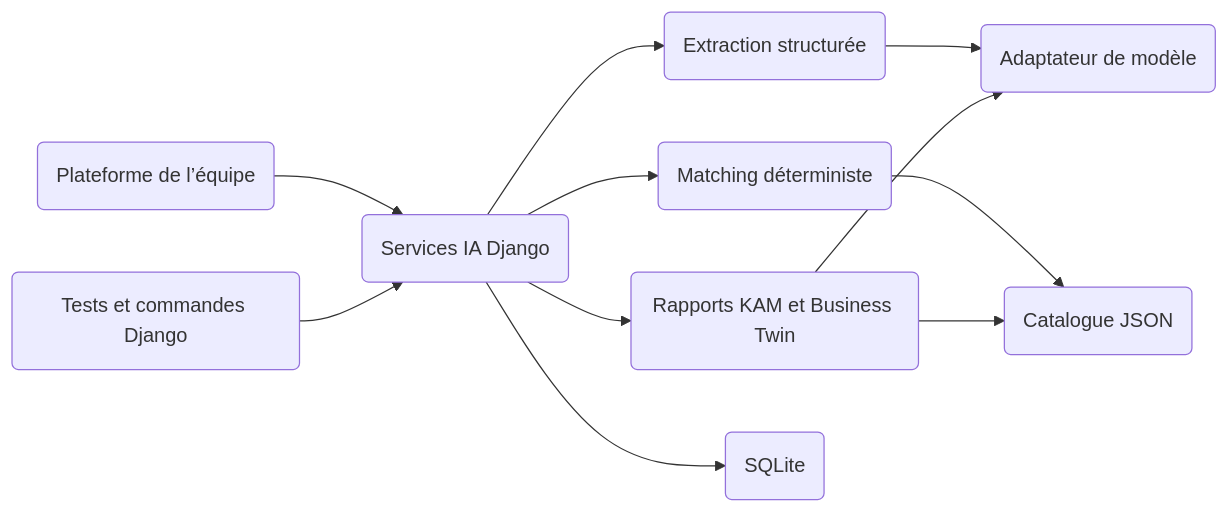
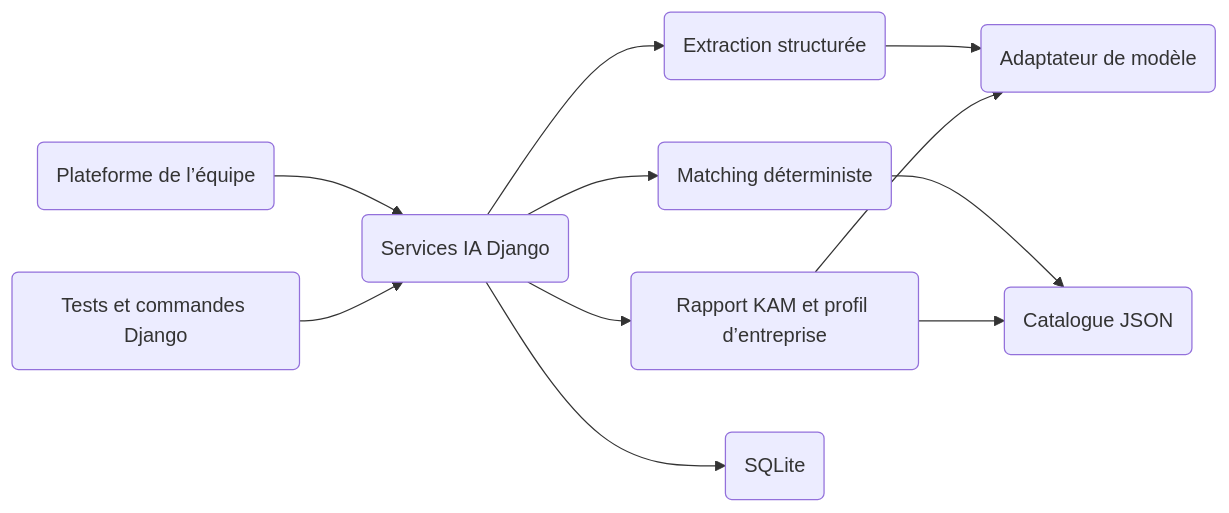
One commit to SteveMav/ONBORA-IA changed the diagram in docs/onbora-ai-mvp-architecture.md. Above: the diagram before and after it, drawn with Mermaid. The commit also changed other lines of this file and 34 other files, not shown here.

Commit message:
remplacement du business twin

````diff
--- a/docs/onbora-ai-mvp-architecture.md
+++ b/docs/onbora-ai-mvp-architecture.md
@@ -112,13 +112,13 @@
 ```mermaid
 flowchart LR
     Team("Plateforme de l’équipe") --> AI("Services IA Django")
     Tests("Tests et commandes Django") --> AI
     AI --> Extract("Extraction structurée")
     AI --> Match("Matching déterministe")
-    AI --> Reports("Rapports KAM et Business Twin")
+    AI --> Reports("Rapport KAM et profil d’entreprise")
     Extract --> Model("Adaptateur de modèle")
     Reports --> Model
     AI --> DB("SQLite")
     Match --> Catalog("Catalogue JSON")
     Reports --> Catalog
 ```
````
